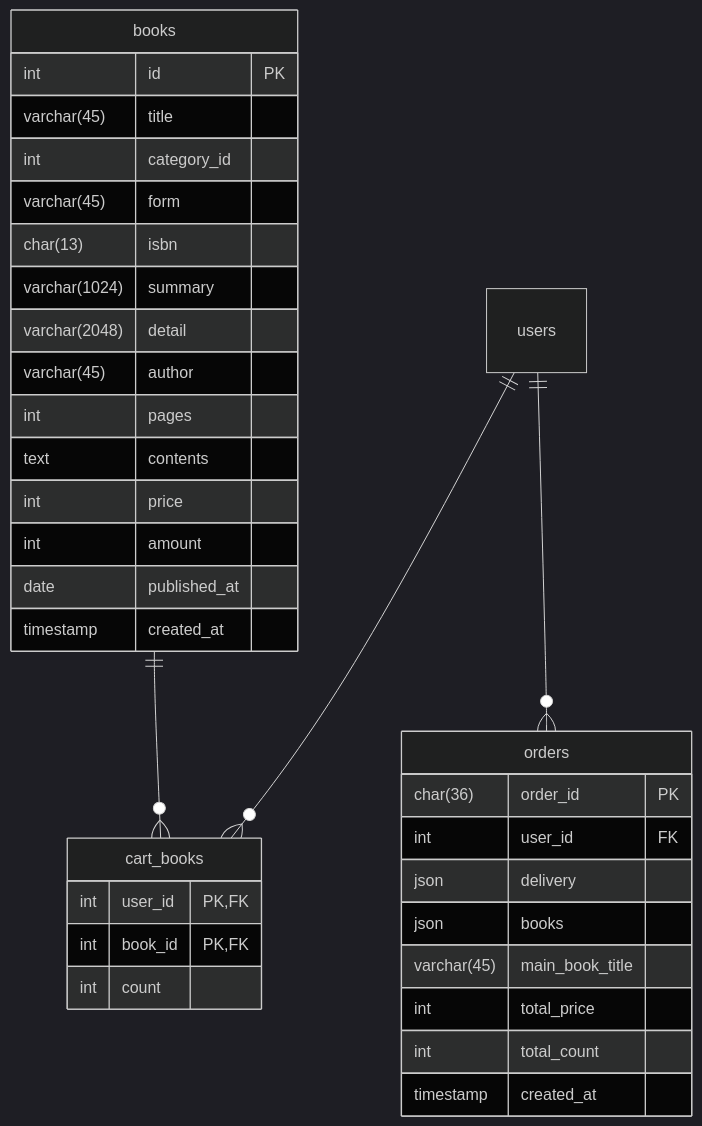
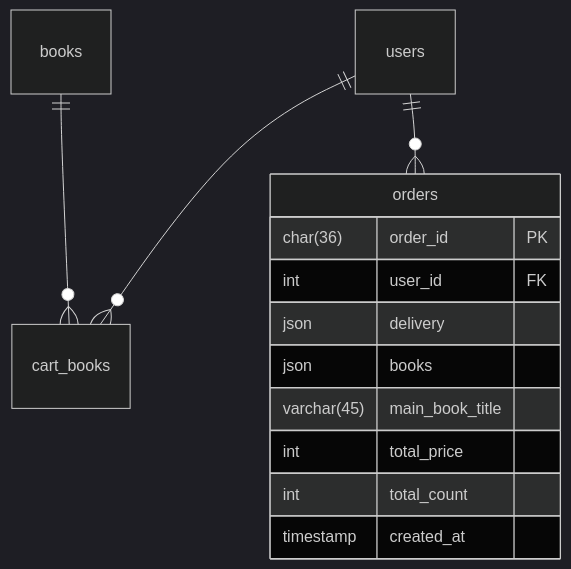
Before and after one commit to kimdev0206/project-2: the second of 4 diagrams in README.md, drawn with Mermaid (dark theme). The commit also changed 10 other files, not shown here.

````diff
--- a/README.md
+++ b/README.md
@@ -53,40 +66,17 @@
 ```mermaid
 erDiagram
-   cart_books {
-      int user_id PK, FK
-      int book_id PK, FK
-      int count
-   }
-
-   books {
-      int id PK
-      varchar(45) title
-      int category_id
-      varchar(45) form
-      char(13) isbn
-      varchar(1024) summary
-      varchar(2048) detail
-      varchar(45) author
-      int pages
-      text contents
-      int price
-      int amount
-      date published_at
-      timestamp created_at
-   }
-
    orders {
       char(36) order_id PK
       int user_id FK
       json delivery
       json books
       varchar(45) main_book_title
       int total_price
       int total_count
       timestamp created_at
    }
 
    books ||--o{ cart_books : ""
    users ||--o{ cart_books : ""
    users ||--o{ orders : ""
 ```
````
